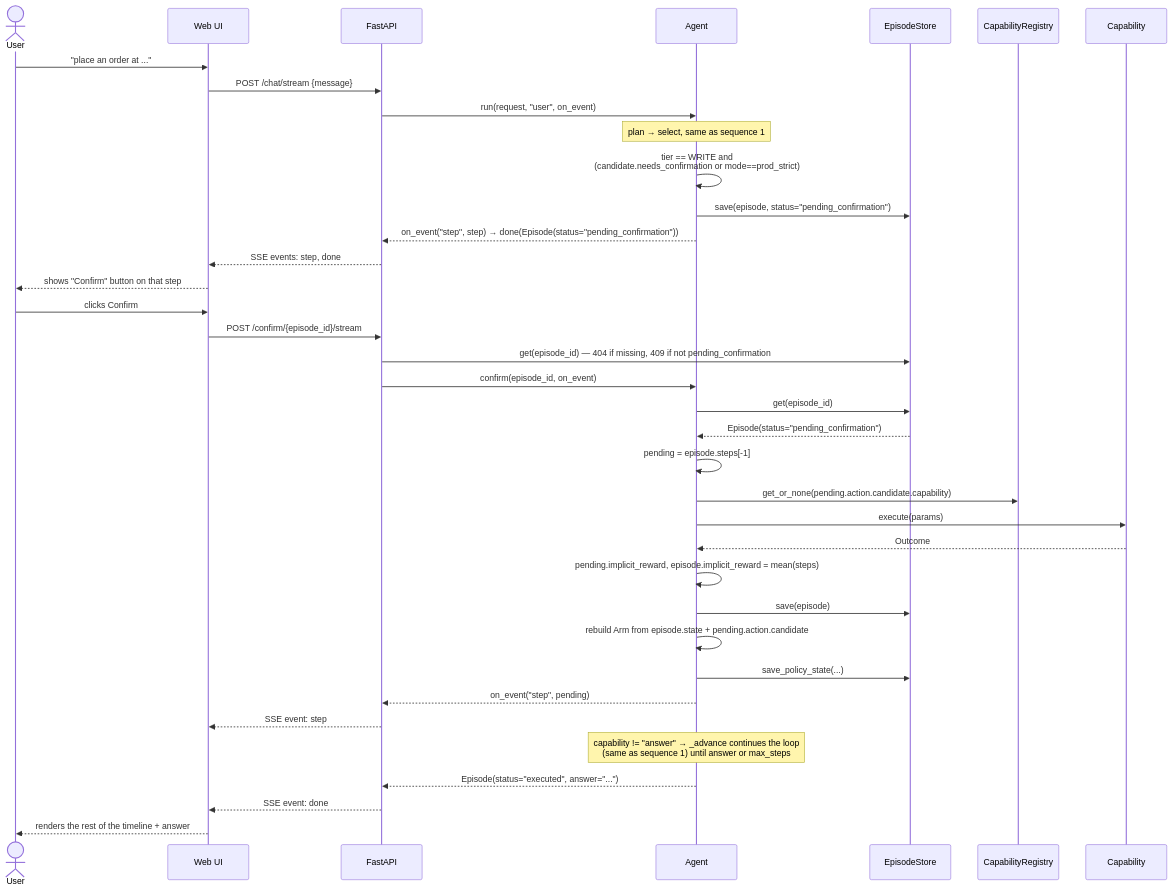
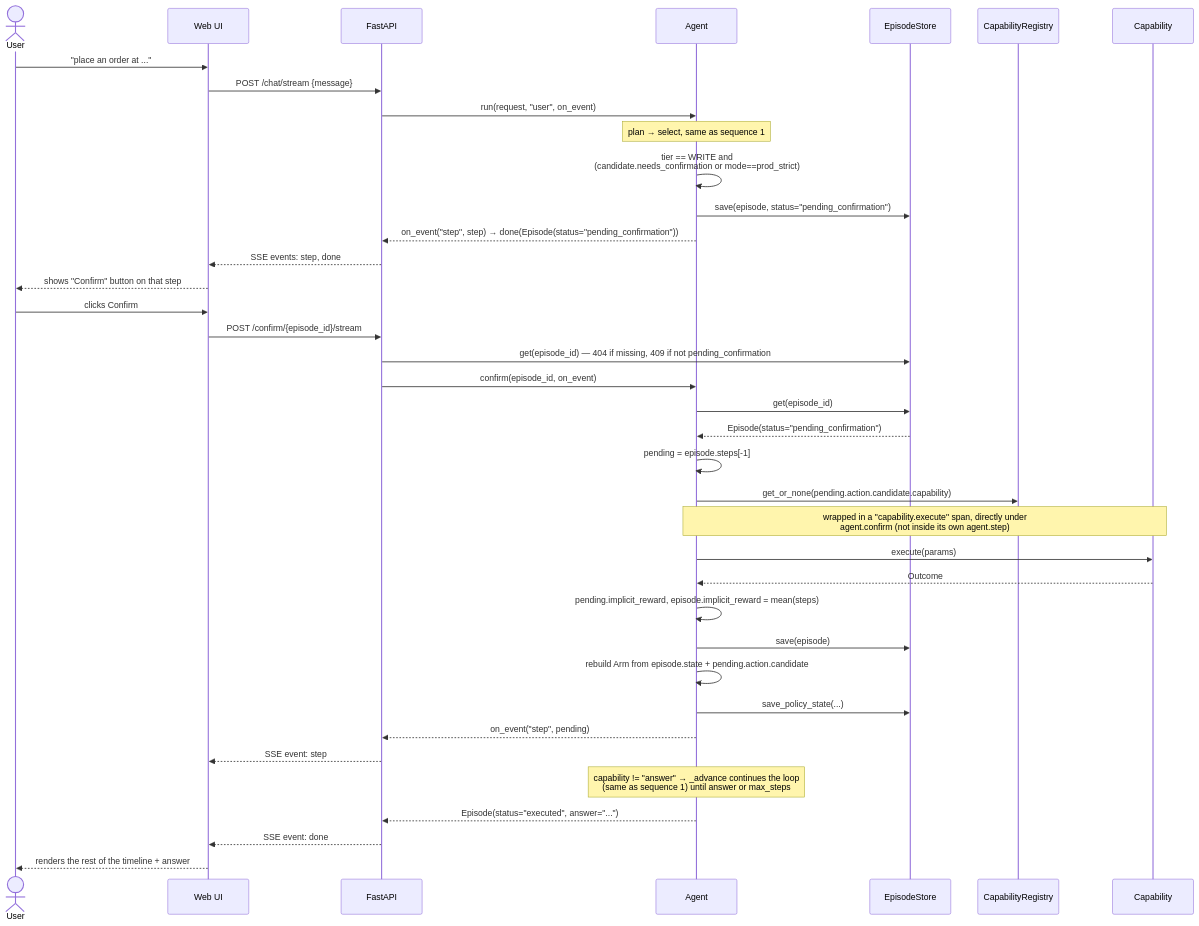
The second of 6 diagrams in docs/SEQUENCES.md (nadermedhet148/agentic-rl), drawn with Mermaid before and after one commit. The commit also changed other lines of this file and 18 other files, not shown here.

````diff
--- a/docs/SEQUENCES.md
+++ b/docs/SEQUENCES.md
@@ -76,41 +77,42 @@
 ```mermaid
 sequenceDiagram
     actor User
     participant UI as Web UI
     participant API as FastAPI
     participant Agent
     participant Store as EpisodeStore
     participant Registry as CapabilityRegistry
     participant Cap as Capability
 
     User->>UI: "place an order at ..."
     UI->>API: POST /chat/stream {message}
     API->>Agent: run(request, "user", on_event)
     Note over Agent: plan → select, same as sequence 1
     Agent->>Agent: tier == WRITE and<br/>(candidate.needs_confirmation or mode==prod_strict)
     Agent->>Store: save(episode, status="pending_confirmation")
     Agent-->>API: on_event("step", step) → done(Episode(status="pending_confirmation"))
     API-->>UI: SSE events: step, done
     UI-->>User: shows "Confirm" button on that step
 
     User->>UI: clicks Confirm
     UI->>API: POST /confirm/{episode_id}/stream
     API->>Store: get(episode_id) — 404 if missing, 409 if not pending_confirmation
     API->>Agent: confirm(episode_id, on_event)
     Agent->>Store: get(episode_id)
     Store-->>Agent: Episode(status="pending_confirmation")
     Agent->>Agent: pending = episode.steps[-1]
     Agent->>Registry: get_or_none(pending.action.candidate.capability)
+    Note over Agent,Cap: wrapped in a "capability.execute" span, directly under<br/>agent.confirm (not inside its own agent.step)
     Agent->>Cap: execute(params)
     Cap-->>Agent: Outcome
     Agent->>Agent: pending.implicit_reward, episode.implicit_reward = mean(steps)
     Agent->>Store: save(episode)
     Agent->>Agent: rebuild Arm from episode.state + pending.action.candidate
     Agent->>Store: save_policy_state(...)
     Agent-->>API: on_event("step", pending)
     API-->>UI: SSE event: step
     Note over Agent: capability != "answer" → _advance continues the loop<br/>(same as sequence 1) until answer or max_steps
     Agent-->>API: Episode(status="executed", answer="...")
     API-->>UI: SSE event: done
     UI-->>User: renders the rest of the timeline + answer
 ```
````
